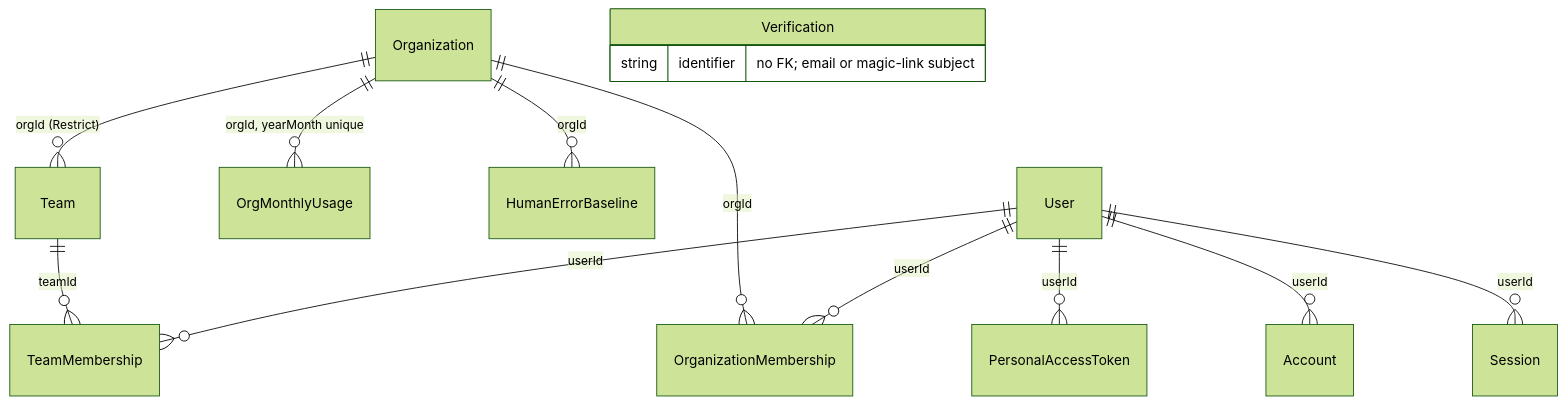
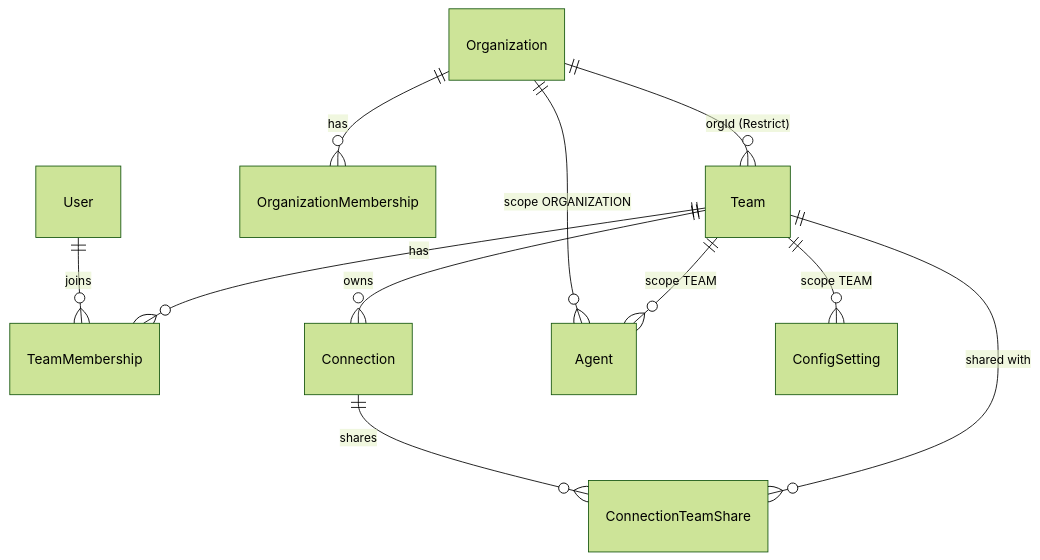
Before and after one commit to yorch/auto-swe: the diagram in wiki/2.1-data-model.md, drawn with Mermaid (forest theme). The commit also changed other lines of this file and 30 other files, not shown here.

````diff
--- a/wiki/2.1-data-model.md
+++ b/wiki/2.1-data-model.md
@@ -65,16 +30,13 @@
 ```mermaid
 erDiagram
-    Organization ||--o{ Team : "orgId (Restrict)"
-    Organization ||--o{ OrganizationMembership : "orgId"
-    Organization ||--o{ OrgMonthlyUsage : "orgId, yearMonth unique"
-    Organization ||--o{ HumanErrorBaseline : "orgId"
-    Team ||--o{ TeamMembership : "teamId"
-    User ||--o{ TeamMembership : "userId"
-    User ||--o{ OrganizationMembership : "userId"
-    User ||--o{ PersonalAccessToken : "userId"
-    User ||--o{ Account : "userId"
-    User ||--o{ Session : "userId"
-    Verification {
-        string identifier "no FK; email or magic-link subject"
-    }
+  Organization ||--o{ Team : "orgId (Restrict)"
+  Organization ||--o{ OrganizationMembership : has
+  Team ||--o{ TeamMembership : has
+  User ||--o{ TeamMembership : joins
+  Team ||--o{ Connection : owns
+  Team ||--o{ ConnectionTeamShare : "shared with"
+  Connection ||--o{ ConnectionTeamShare : shares
+  Team ||--o{ Agent : "scope TEAM"
+  Organization ||--o{ Agent : "scope ORGANIZATION"
+  Team ||--o{ ConfigSetting : "scope TEAM"
 ```
````
